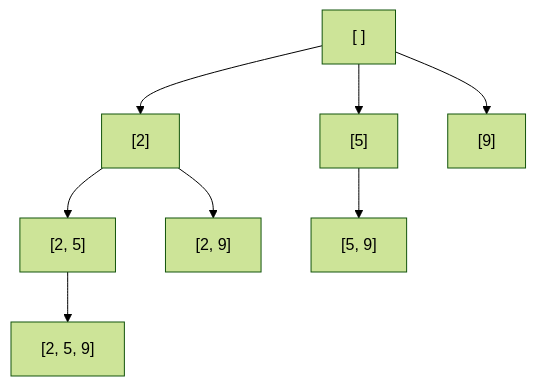
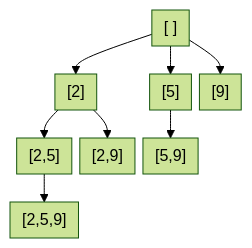
Before and after one commit to duongbui234/software-engineering-atlas: the first of 2 diagrams in content/en/posts/2026-11-28-neetcode-subsets-combinations.md, drawn with Mermaid (forest theme). The commit also changed 59 other files, not shown here.

````diff
--- a/content/en/posts/2026-11-28-neetcode-subsets-combinations.md
+++ b/content/en/posts/2026-11-28-neetcode-subsets-combinations.md
@@ -59,18 +59,19 @@
 ```mermaid
+%%{init: {"flowchart": {"nodeSpacing": 8, "rankSpacing": 28, "padding": 6}}}%%
 flowchart TB
   R["[ ]"]
   A["[2]"]
   B["[5]"]
   C["[9]"]
-  D["[2, 5]"]
-  E["[2, 9]"]
-  F["[5, 9]"]
-  G["[2, 5, 9]"]
+  D["[2,5]"]
+  E["[2,9]"]
+  F["[5,9]"]
+  G["[2,5,9]"]
   R --> A
   R --> B
   R --> C
   A --> D
   A --> E
   B --> F
   D --> G
 ```
````
